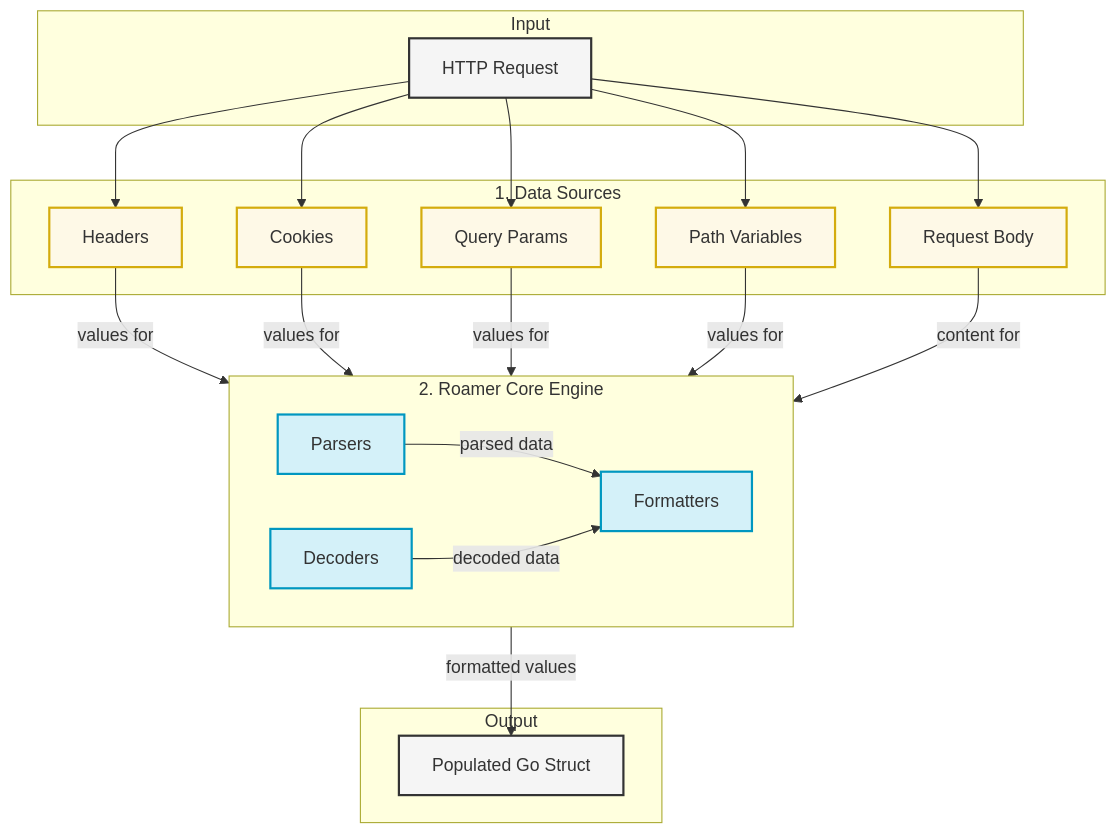
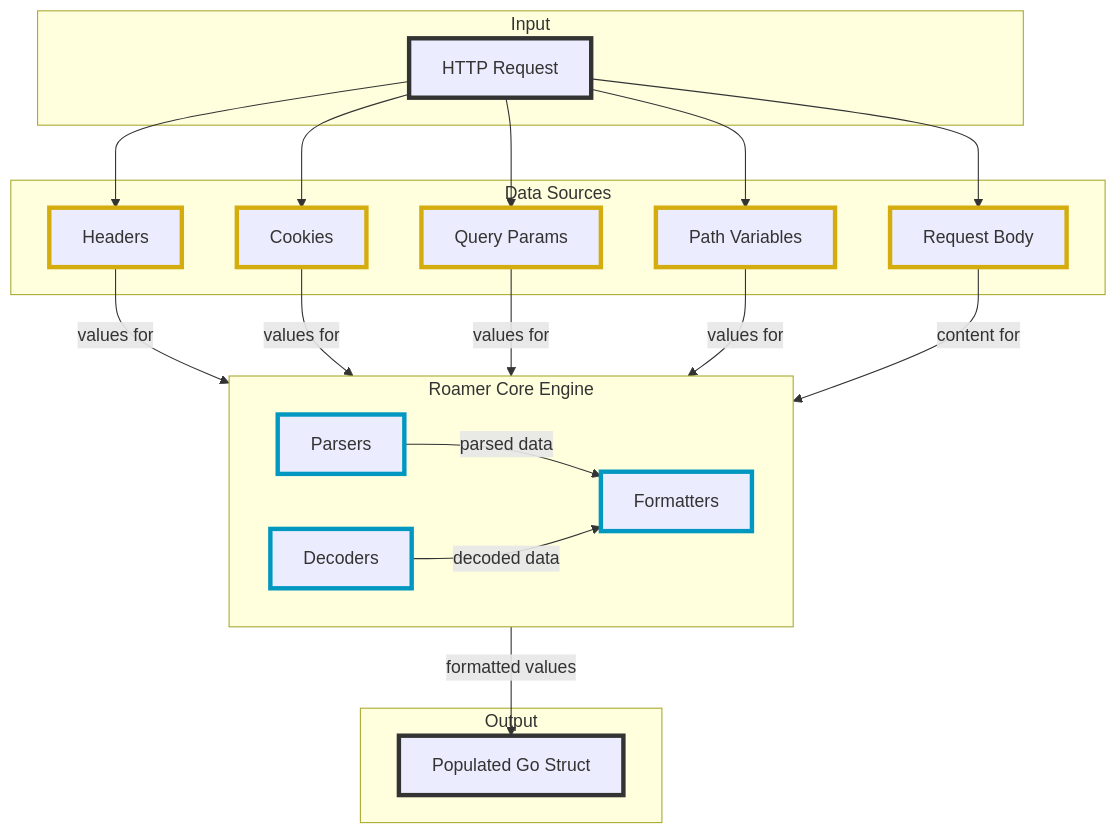
Before and after one commit to slipros/roamer: the diagram in README.md, drawn with Mermaid. The commit also changed 2 other files, not shown here.

Commit message:
chores (#64)
* chores: update mermaid diagram

* chores: fix github pages architecture diagram

````diff
--- a/README.md
+++ b/README.md
@@ -11,42 +11,42 @@
 ```mermaid
 graph TD
     subgraph "Input"
         A[HTTP Request]
     end
 
-    subgraph "1. Data Sources"
+    subgraph "Data Sources"
         B1[Headers]
         B2[Cookies]
         B3[Query Params]
         B4[Path Variables]
         B5[Request Body]
     end
 
-    subgraph "2. Roamer Core Engine"
+    subgraph "Roamer Core Engine"
         direction LR
         P[Parsers]
         D[Decoders]
         F[Formatters]
     end
 
     subgraph "Output"
         E[Populated Go Struct]
     end
 
     A --> B1 & B2 & B3 & B4 & B5
 
     B1 & B2 & B3 & B4 -- values for --> P
     B5 -- content for --> D
 
     P -- parsed data --> F
     D -- decoded data --> F
 
     F -- formatted values --> E
 
-    classDef source fill:#fef9e7,stroke:#d4ac0d,stroke-width:2px
-    classDef core fill:#d4f1f9,stroke:#0097c0,stroke-width:2px
-    classDef io fill:#f5f5f5,stroke:#333,stroke-width:2px
+    classDef source stroke:#d4ac0d,stroke-width:4px
+    classDef core stroke:#0097c0,stroke-width:4px
+    classDef io stroke:#333,stroke-width:4px
     class A,E io
     class B1,B2,B3,B4,B5 source
     class P,D,F core
 ```
````
